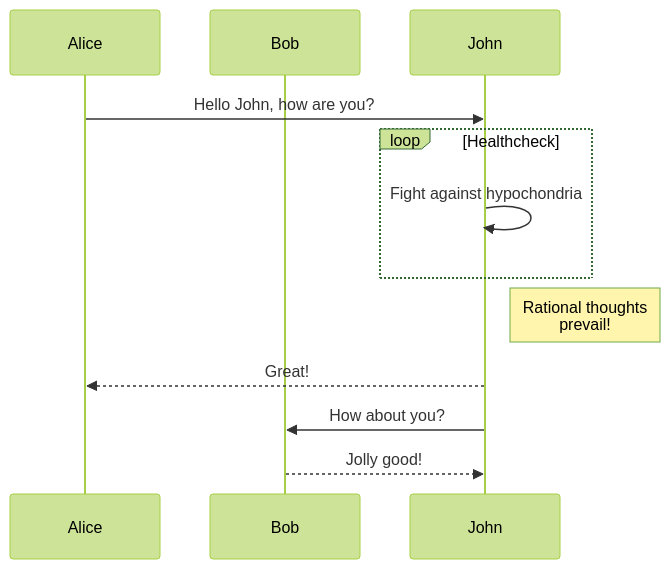
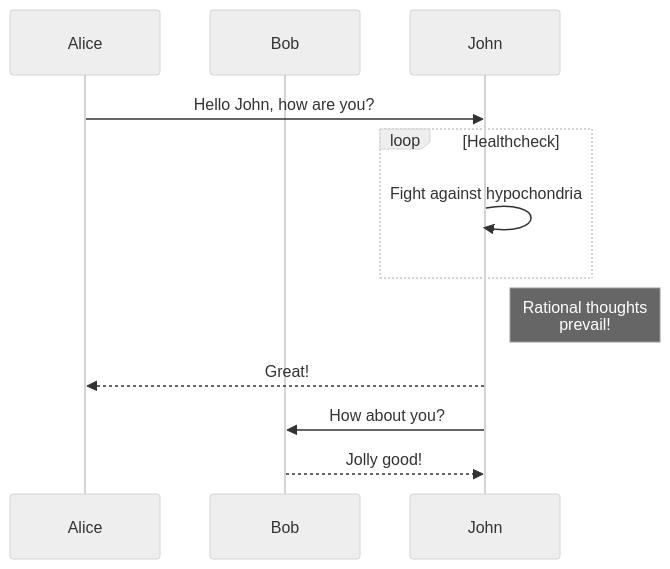
The diagram in content/posts/adding-mermaid-diagrams.md (willreddin/reddin.me-hugo-blog), drawn with Mermaid before and after one commit. The commit also changed other lines of this file, not shown here.

````diff
--- a/content/posts/adding-mermaid-diagrams.md
+++ b/content/posts/adding-mermaid-diagrams.md
@@ -13,15 +13,15 @@
 ```mermaid
-%%{init: {'theme':'forest'}}%%
+%%{init: {'theme':'neutral'}}%%
 
 sequenceDiagram
     participant Alice
     participant Bob
     Alice->>John: Hello John, how are you?
     loop Healthcheck
         John->>John: Fight against hypochondria
     end
     Note right of John: Rational thoughts <br/>prevail!
     John-->>Alice: Great!
     John->>Bob: How about you?
     Bob-->>John: Jolly good!
 ```
````
